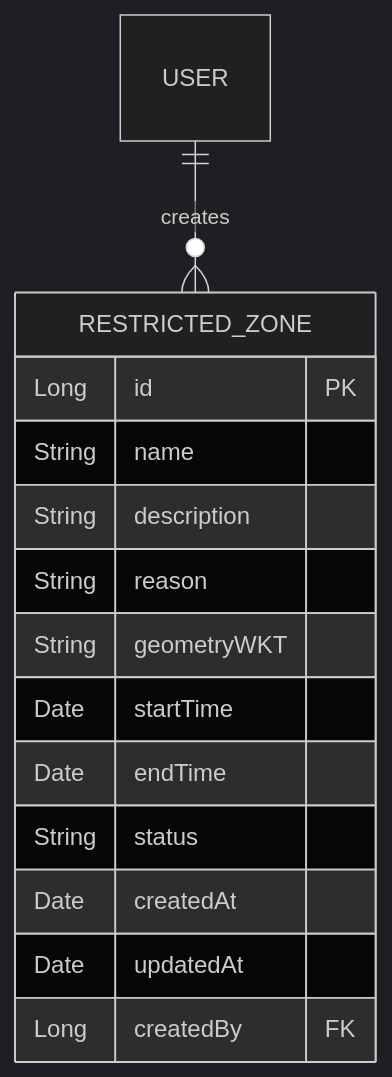
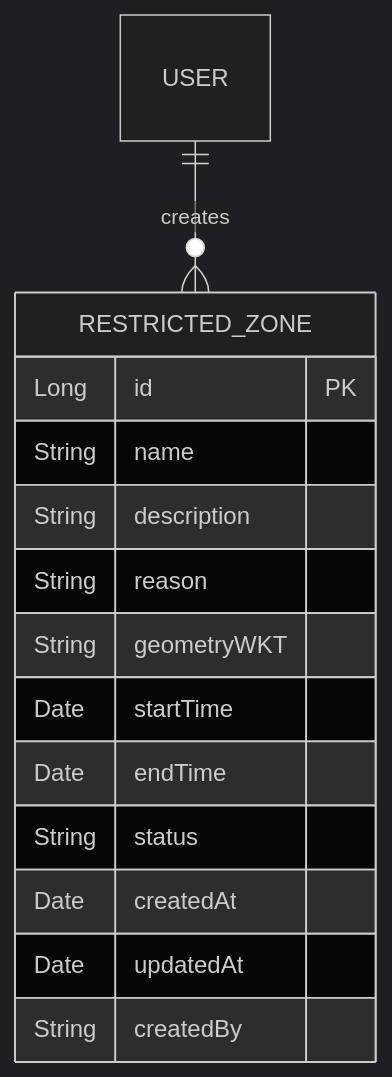
One commit to g8rdier/urban-flow-governance changed the first of 3 diagrams in docs/domain/ZONE_MANAGEMENT.md. Above: the diagram before and after it, drawn with Mermaid (dark theme). The commit also changed other lines of this file and 1 other file, not shown here.

Commit message:
fix: correct createdBy type in zone schema and auth token comment

````diff
--- a/docs/domain/ZONE_MANAGEMENT.md
+++ b/docs/domain/ZONE_MANAGEMENT.md
@@ -5,18 +5,18 @@
 ```mermaid
 erDiagram
     RESTRICTED_ZONE {
         Long id PK
         String name
         String description
         String reason
         String geometryWKT
         Date startTime
         Date endTime
         String status
         Date createdAt
         Date updatedAt
-        Long createdBy FK
+        String createdBy
     }
 
     USER ||--o{ RESTRICTED_ZONE : "creates"
 ```
````
